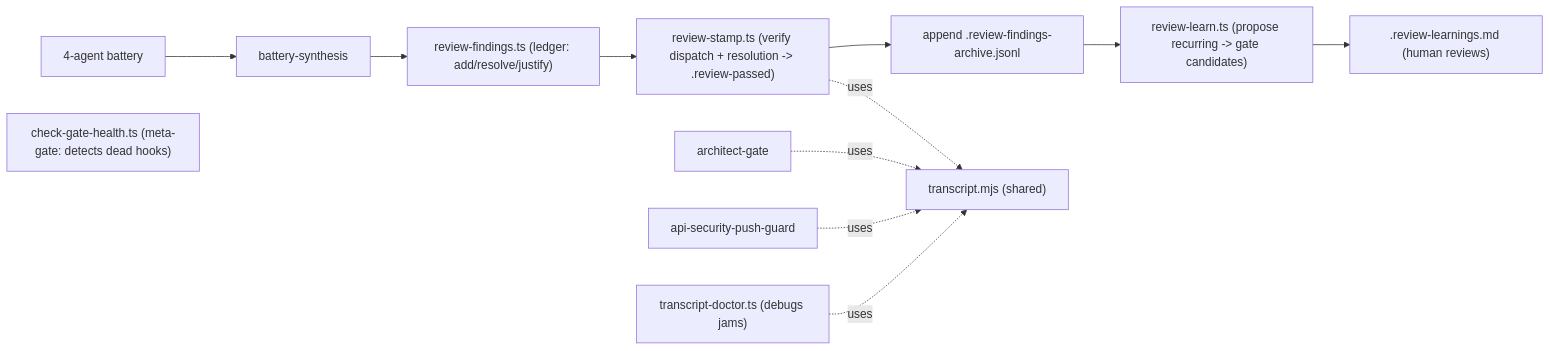
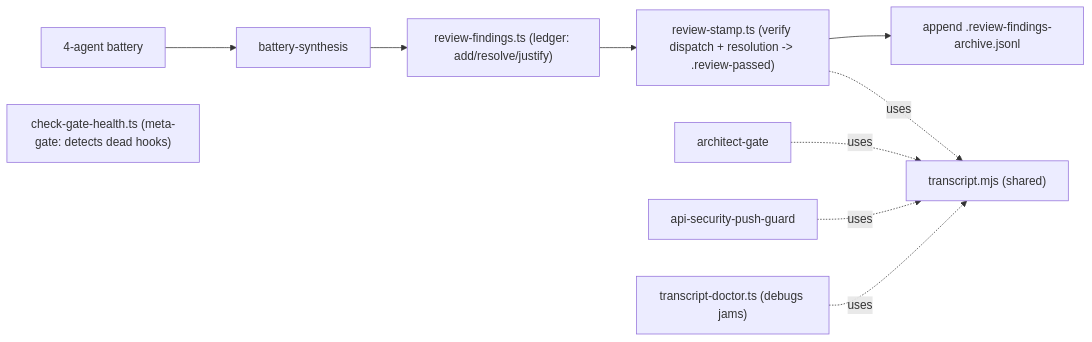
The third of 3 diagrams in docs/handbook/agents-skills-hooks-mcp.md (erikunha/portfolio), drawn with Mermaid before and after one commit. The commit also changed other lines of this file and 39 other files, not shown here.

````diff
--- a/docs/handbook/agents-skills-hooks-mcp.md
+++ b/docs/handbook/agents-skills-hooks-mcp.md
@@ -113,14 +101,12 @@
 ```mermaid
 flowchart LR
     battery["4-agent battery"] --> bs["battery-synthesis"]
     bs --> rf["review-findings.ts (ledger: add/resolve/justify)"]
     rf --> rs["review-stamp.ts (verify dispatch + resolution -> .review-passed)"]
     rs --> arch["append .review-findings-archive.jsonl"]
-    arch --> rl["review-learn.ts (propose recurring -> gate candidates)"]
-    rl --> inbox[".review-learnings.md (human reviews)"]
     rs -.uses.-> tr["transcript.mjs (shared)"]
     gh1["architect-gate"] -.uses.-> tr
     gh2["api-security-push-guard"] -.uses.-> tr
     td["transcript-doctor.ts (debugs jams)"] -.uses.-> tr
     ghealth["check-gate-health.ts (meta-gate: detects dead hooks)"]
 ```
````
